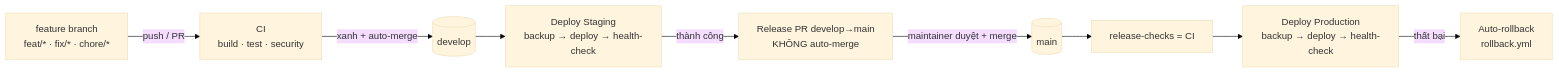
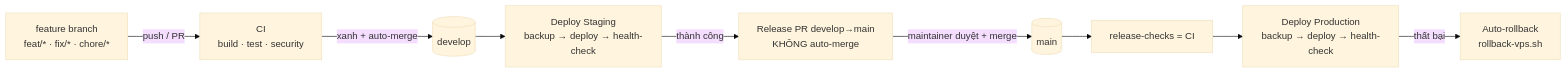
The diagram in docs/devops/PIPELINE_AND_DEPLOY.md (Anpham120/restaurant-qr-ai-ordering-mobile), drawn with Mermaid (base theme) before and after one commit. The commit also changed other lines of this file and 5 other files, not shown here.

````diff
--- a/docs/devops/PIPELINE_AND_DEPLOY.md
+++ b/docs/devops/PIPELINE_AND_DEPLOY.md
@@ -70,11 +65,11 @@
 ```mermaid
 flowchart LR
   dev[feature branch<br/>feat/* · fix/* · chore/*] -->|push / PR| ci[CI<br/>build · test · security]
   ci -->|xanh + auto-merge| develop[(develop)]
   develop --> stg[Deploy Staging<br/>backup → deploy → health-check]
   stg -->|thành công| relpr[Release PR develop→main<br/>KHÔNG auto-merge]
   relpr -->|maintainer duyệt + merge| main[(main)]
   main --> prodcks[release-checks = CI]
   prodcks --> prod[Deploy Production<br/>backup → deploy → health-check]
-  prod -->|thất bại| rb[Auto-rollback<br/>rollback.yml]
+  prod -->|thất bại| rb[Auto-rollback<br/>rollback-vps.sh]
 ```
````
